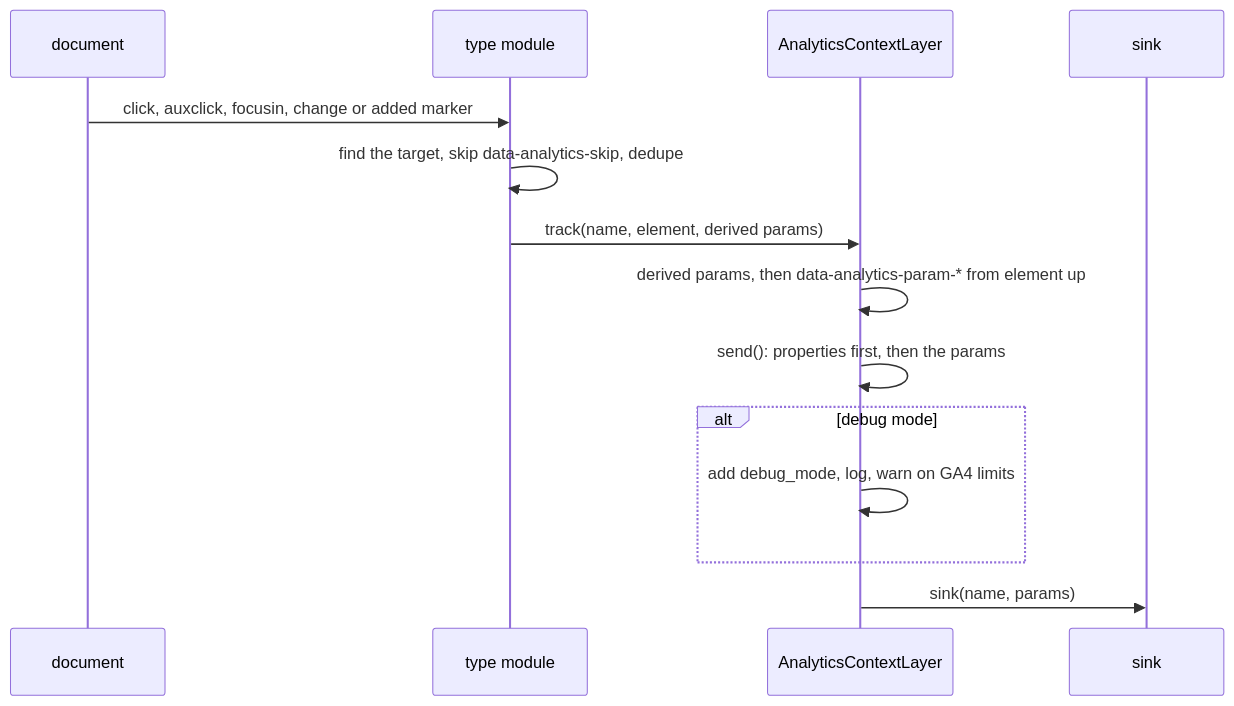
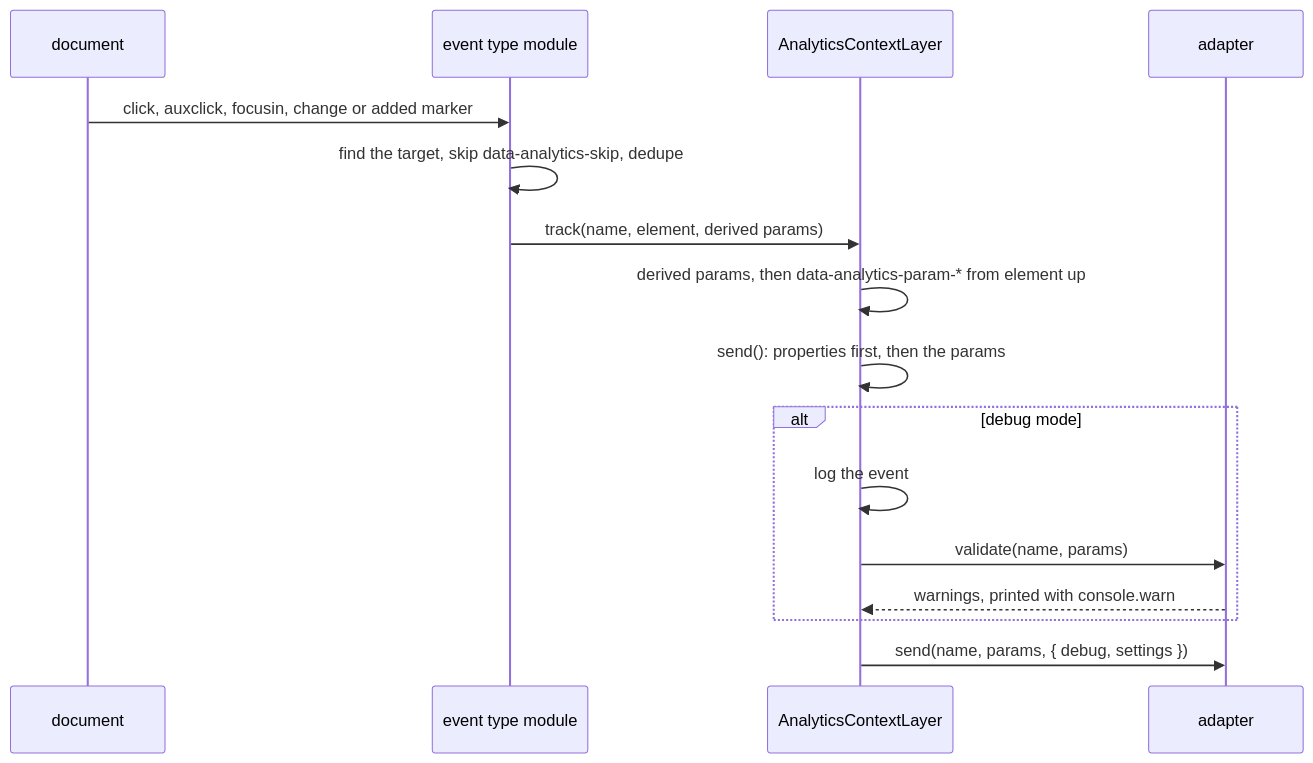
The third of 3 diagrams in docs/architecture/README.md (drevops/axel), drawn with Mermaid before and after one commit. The commit also changed other lines of this file and 3 other files, not shown here.

Commit message:
[#1] Documented the bundles, adapters, Drupal integration and the 'core', 'adapters' and 'integrations' layout.

````diff
--- a/docs/architecture/README.md
+++ b/docs/architecture/README.md
@@ -46,17 +83,19 @@
 ```mermaid
-%% Traced from: src/types/click.js, src/types/form-start.js, src/types/field-complete.js, src/types/form-submit.js, src/acl.js track() and send(), src/dom.js collectParams().
+%% Traced from: src/core/event-types/*.js, src/core/core.js track() and send(), src/core/dom.js collectParams(), src/adapters/ga4.js.
 sequenceDiagram
     participant Page as document
-    participant Type as type module
+    participant Type as event type module
     participant ACL as AnalyticsContextLayer
-    participant Sink as sink
+    participant Adapter as adapter
     Page->>Type: click, auxclick, focusin, change or added marker
     Type->>Type: find the target, skip data-analytics-skip, dedupe
     Type->>ACL: track(name, element, derived params)
     ACL->>ACL: derived params, then data-analytics-param-* from element up
     ACL->>ACL: send(): properties first, then the params
     alt debug mode
-        ACL->>ACL: add debug_mode, log, warn on GA4 limits
+        ACL->>ACL: log the event
+        ACL->>Adapter: validate(name, params)
+        Adapter-->>ACL: warnings, printed with console.warn
     end
-    ACL->>Sink: sink(name, params)
+    ACL->>Adapter: send(name, params, { debug, settings })
 ```
````
